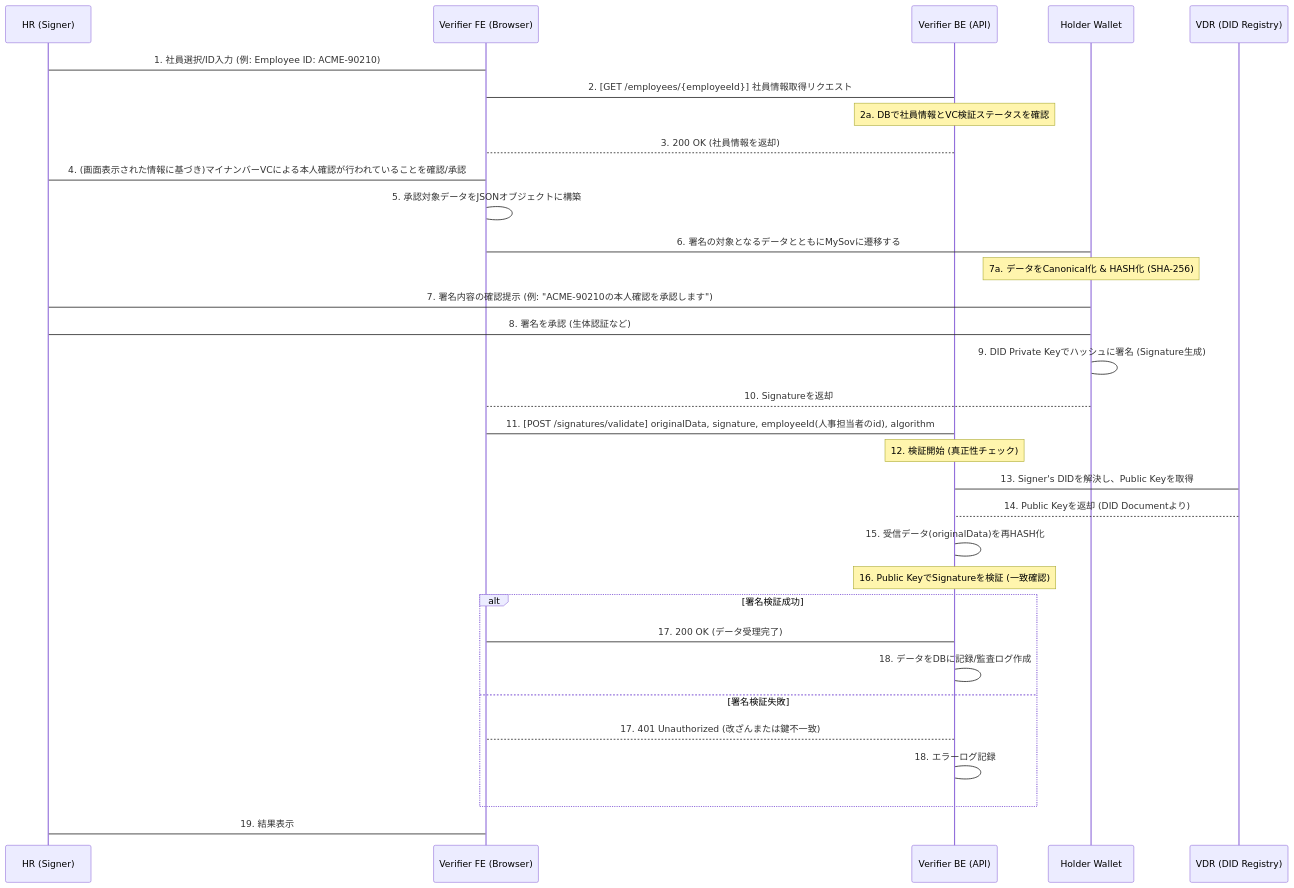
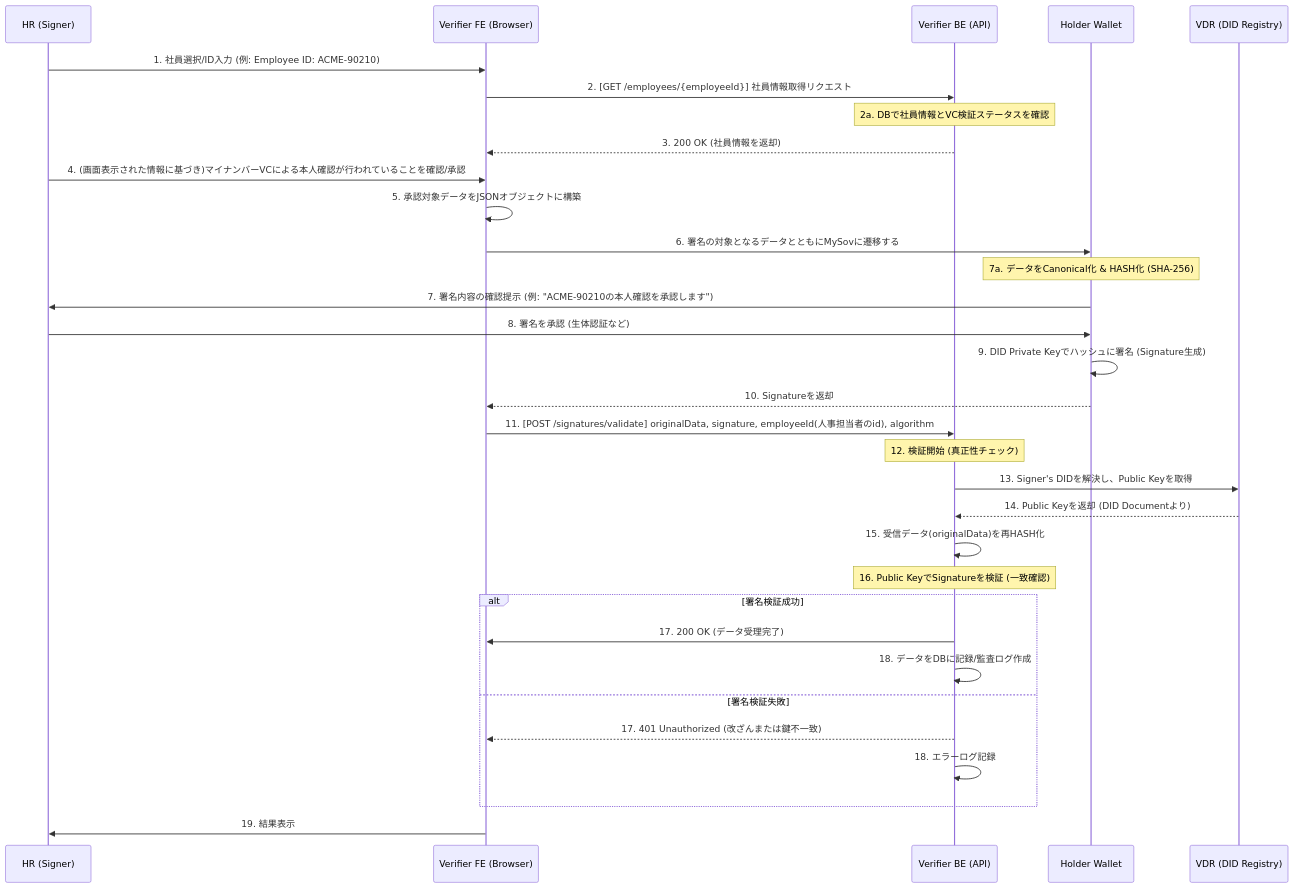
The third of 3 diagrams in README.md (satoke-dp/sample), drawn with Mermaid before and after one commit. The commit also changed other lines of this file, not shown here.

````diff
--- a/README.md
+++ b/README.md
@@ -89,48 +88,48 @@
 ```mermaid
 sequenceDiagram
     participant HR as HR (Signer)
     participant VerifierFE as Verifier FE (Browser)
     participant VerifierBE as Verifier BE (API)
     participant Wallet as Holder Wallet
     participant VDR as VDR (DID Registry)
 
     %% 1. HRによる社員情報取得と確認 (Verification)
-    HR->VerifierFE: 1. 社員選択/ID入力 (例: Employee ID: ACME-90210)
+    HR->>VerifierFE: 1. 社員選択/ID入力 (例: Employee ID: ACME-90210)
     
-    VerifierFE->VerifierBE: 2. [GET /employees/{employeeId}] 社員情報取得リクエスト
+    VerifierFE->>VerifierBE: 2. [GET /employees/{employeeId}] 社員情報取得リクエスト
     Note over VerifierBE: 2a. DBで社員情報とVC検証ステータスを確認
-    VerifierBE-->VerifierFE: 3. 200 OK (社員情報を返却)
+    VerifierBE-->>VerifierFE: 3. 200 OK (社員情報を返却)
     
-    HR->VerifierFE: 4. (画面表示された情報に基づき)マイナンバーVCによる本人確認が行われていることを確認/承認
+    HR->>VerifierFE: 4. (画面表示された情報に基づき)マイナンバーVCによる本人確認が行われていることを確認/承認
     
     %% 2. Data Preparation and Signing (HR Action)
-    VerifierFE->VerifierFE: 5. 承認対象データをJSONオブジェクトに構築
-    VerifierFE->Wallet: 6. 署名の対象となるデータとともにMySovに遷移する
+    VerifierFE->>VerifierFE: 5. 承認対象データをJSONオブジェクトに構築
+    VerifierFE->>Wallet: 6. 署名の対象となるデータとともにMySovに遷移する
 
     Note over Wallet: 7a. データをCanonical化 & HASH化 (SHA-256)
-    Wallet->HR: 7. 署名内容の確認提示 (例: "ACME-90210の本人確認を承認します")
-    HR->Wallet: 8. 署名を承認 (生体認証など)
-    Wallet->Wallet: 9. DID Private Keyでハッシュに署名 (Signature生成)
-    Wallet-->VerifierFE: 10. Signatureを返却
+    Wallet->>HR: 7. 署名内容の確認提示 (例: "ACME-90210の本人確認を承認します")
+    HR->>Wallet: 8. 署名を承認 (生体認証など)
+    Wallet->>Wallet: 9. DID Private Keyでハッシュに署名 (Signature生成)
+    Wallet-->>VerifierFE: 10. Signatureを返却
 
     %% 3. Submission to Backend
-    VerifierFE->VerifierBE: 11. [POST /signatures/validate] originalData, signature, employeeId(人事担当者のid), algorithm
+    VerifierFE->>VerifierBE: 11. [POST /signatures/validate] originalData, signature, employeeId(人事担当者のid), algorithm
 
     %% 4. Verification and Storage (Server-side)
     Note over VerifierBE: 12. 検証開始 (真正性チェック)
     
-    VerifierBE->VDR: 13. Signer's DIDを解決し、Public Keyを取得
-    VDR-->VerifierBE: 14. Public Keyを返却 (DID Documentより)
+    VerifierBE->>VDR: 13. Signer's DIDを解決し、Public Keyを取得
+    VDR-->>VerifierBE: 14. Public Keyを返却 (DID Documentより)
     
-    VerifierBE->VerifierBE: 15. 受信データ(originalData)を再HASH化
+    VerifierBE->>VerifierBE: 15. 受信データ(originalData)を再HASH化
     Note over VerifierBE: 16. Public KeyでSignatureを検証 (一致確認)
 
     alt 署名検証成功
-        VerifierBE->VerifierFE: 17. 200 OK (データ受理完了)
-        VerifierBE->VerifierBE: 18. データをDBに記録/監査ログ作成
+        VerifierBE->>VerifierFE: 17. 200 OK (データ受理完了)
+        VerifierBE->>VerifierBE: 18. データをDBに記録/監査ログ作成
     else 署名検証失敗
-        VerifierBE-->VerifierFE: 17. 401 Unauthorized (改ざんまたは鍵不一致)
-        VerifierBE->VerifierBE: 18. エラーログ記録
+        VerifierBE-->>VerifierFE: 17. 401 Unauthorized (改ざんまたは鍵不一致)
+        VerifierBE->>VerifierBE: 18. エラーログ記録
     end
-    VerifierFE->HR: 19. 結果表示
+    VerifierFE->>HR: 19. 結果表示
 ```
````
